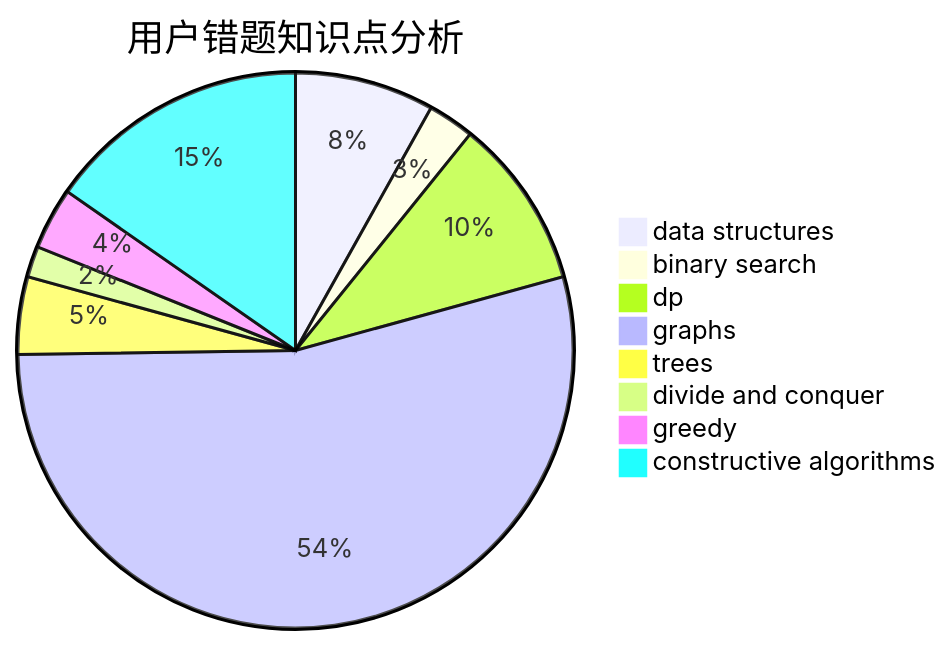
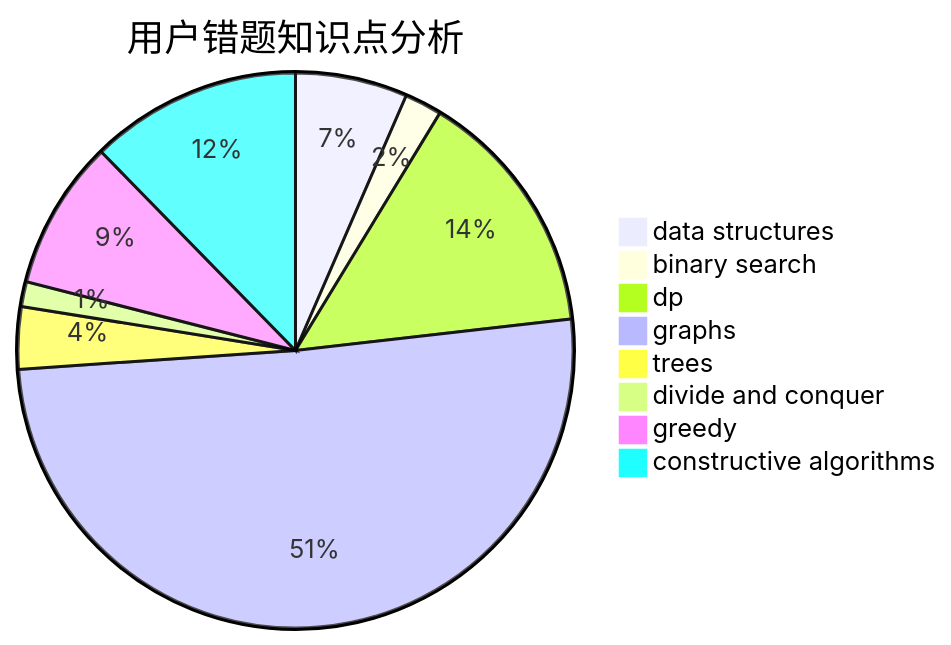
The third of 3 diagrams in docs/user/u110.md (sherpahu/cfrs.github.io), drawn with Mermaid before and after one commit. The commit also changed other lines of this file and 2770 other files, not shown here.

````diff
--- a/docs/user/u110.md
+++ b/docs/user/u110.md
@@ -36,11 +36,11 @@
 ```mermaid
 pie title 用户错题知识点分析
     "data structures" :  9
     "binary search" :  3
-    "dp" :  11
-    "graphs" :  60
+    "dp" :  20
+    "graphs" :  70
     "trees" :  5
     "divide and conquer" :  2
-    "greedy" :  4
+    "greedy" :  12
     "constructive algorithms" :  17
 ```
````
